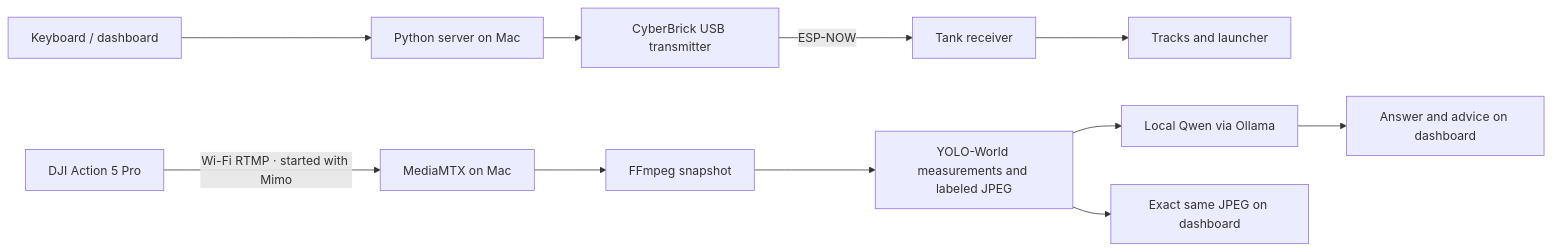
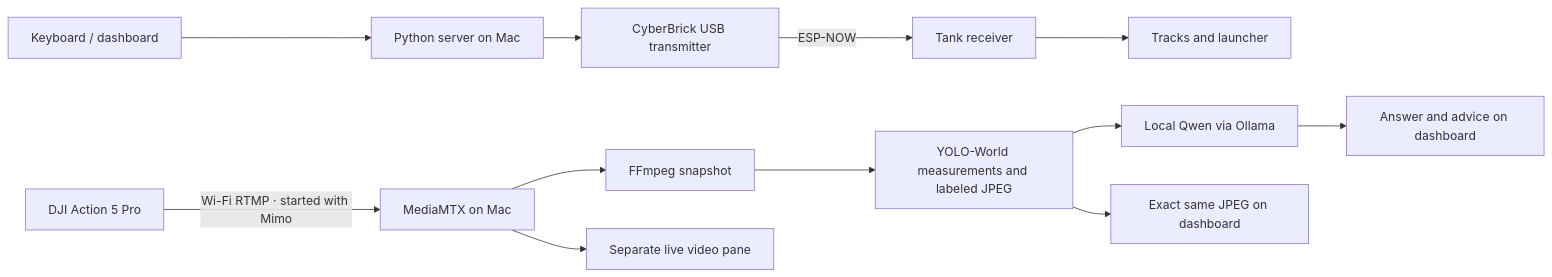
Before and after one commit to ameyarya/ai-driven-mini-t: the diagram in README.md, drawn with Mermaid. The commit also changed other lines of this file and 2 other files, not shown here.

Commit message:
Show live camera alongside exact labeled Qwen input

````diff
--- a/README.md
+++ b/README.md
@@ -29,13 +29,14 @@
 ```mermaid
 flowchart LR
     K[Keyboard / dashboard] --> S[Python server on Mac]
     S --> T[CyberBrick USB transmitter]
     T -->|ESP-NOW| R[Tank receiver]
     R --> M[Tracks and launcher]
     C[DJI Action 5 Pro] -->|Wi-Fi RTMP · started with Mimo| V[MediaMTX on Mac]
     V --> F[FFmpeg snapshot]
     F --> L[YOLO-World measurements and labeled JPEG]
     L --> Q[Local Qwen via Ollama]
     L --> D[Exact same JPEG on dashboard]
+    V --> LIVE[Separate live video pane]
     Q --> A[Answer and advice on dashboard]
 ```
````
